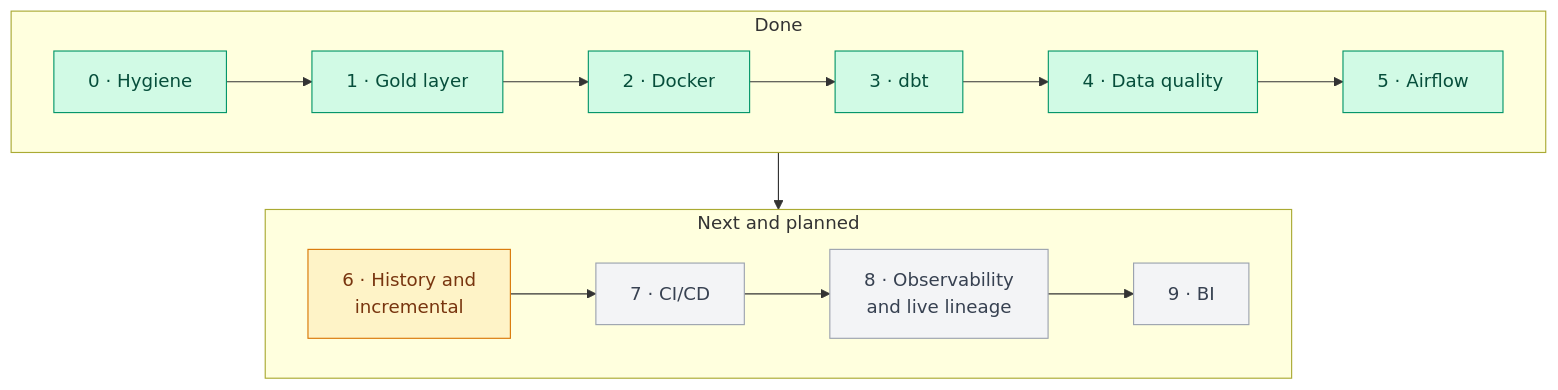
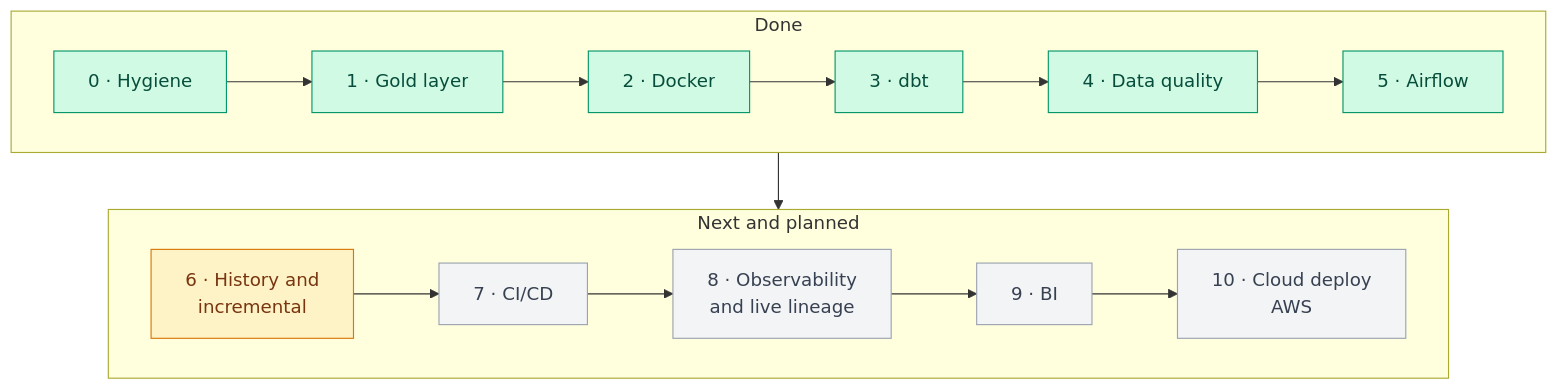
One commit to Afonsosequeira04/Data-Warehouse-Project changed the first of 2 diagrams in docs/HUB.md. Above: the diagram before and after it, drawn with Mermaid. The commit also changed other lines of this file and 2 other files, not shown here.

Commit message:
docs: add Fase 10 (AWS + Redshift) to roadmap and close chore/airflow-hardening docs

````diff
--- a/docs/HUB.md
+++ b/docs/HUB.md
@@ -13,15 +13,15 @@
 ```mermaid
 flowchart TB
   subgraph DONE["Done"]
     direction LR
     F0["0 · Hygiene"]:::done --> F1["1 · Gold layer"]:::done --> F2["2 · Docker"]:::done --> F3["3 · dbt"]:::done --> F4["4 · Data quality"]:::done --> F5["5 · Airflow"]:::done
   end
   subgraph NEXT["Next and planned"]
     direction LR
-    F6["6 · History and<br/>incremental"]:::next --> F7["7 · CI/CD"]:::planned --> F8["8 · Observability<br/>and live lineage"]:::planned --> F9["9 · BI"]:::planned
+    F6["6 · History and<br/>incremental"]:::next --> F7["7 · CI/CD"]:::planned --> F8["8 · Observability<br/>and live lineage"]:::planned --> F9["9 · BI"]:::planned --> F10["10 · Cloud deploy<br/>AWS"]:::planned
   end
   DONE --> NEXT
   classDef done fill:#d1fae5,stroke:#059669,color:#064e3b
   classDef next fill:#fef3c7,stroke:#d97706,color:#78350f
   classDef planned fill:#f3f4f6,stroke:#9ca3af,color:#374151
 ```
````
